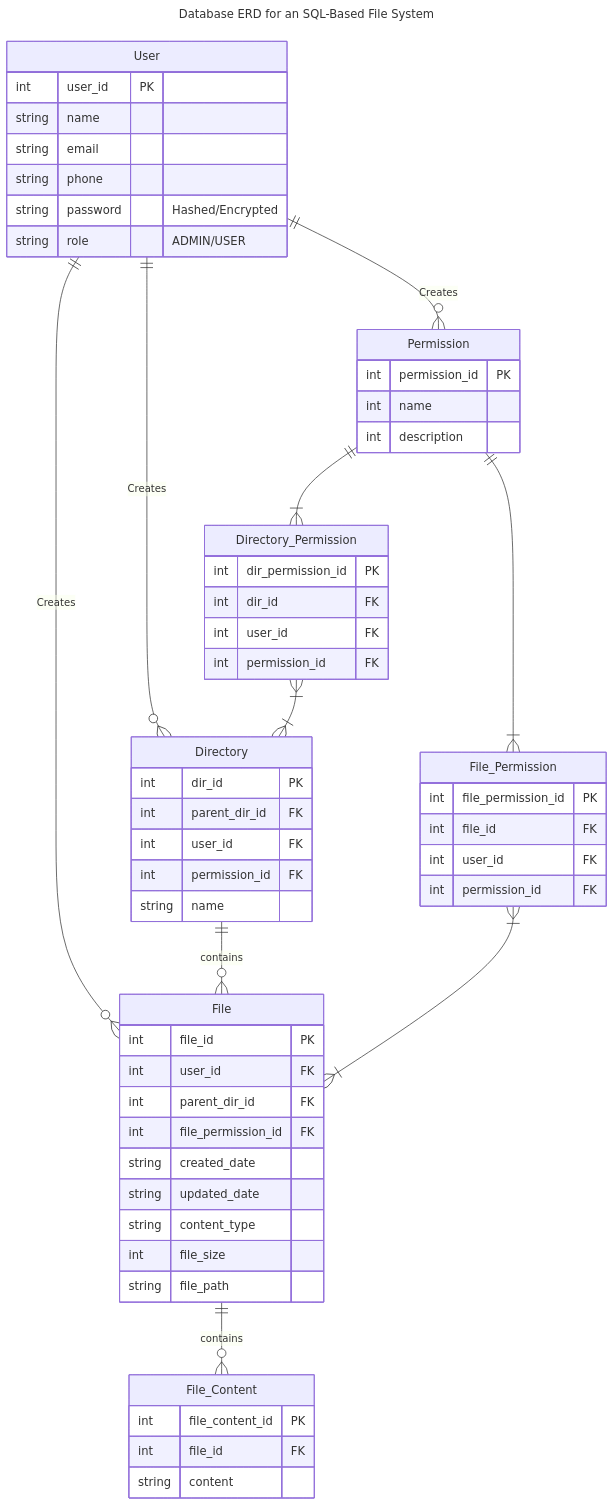
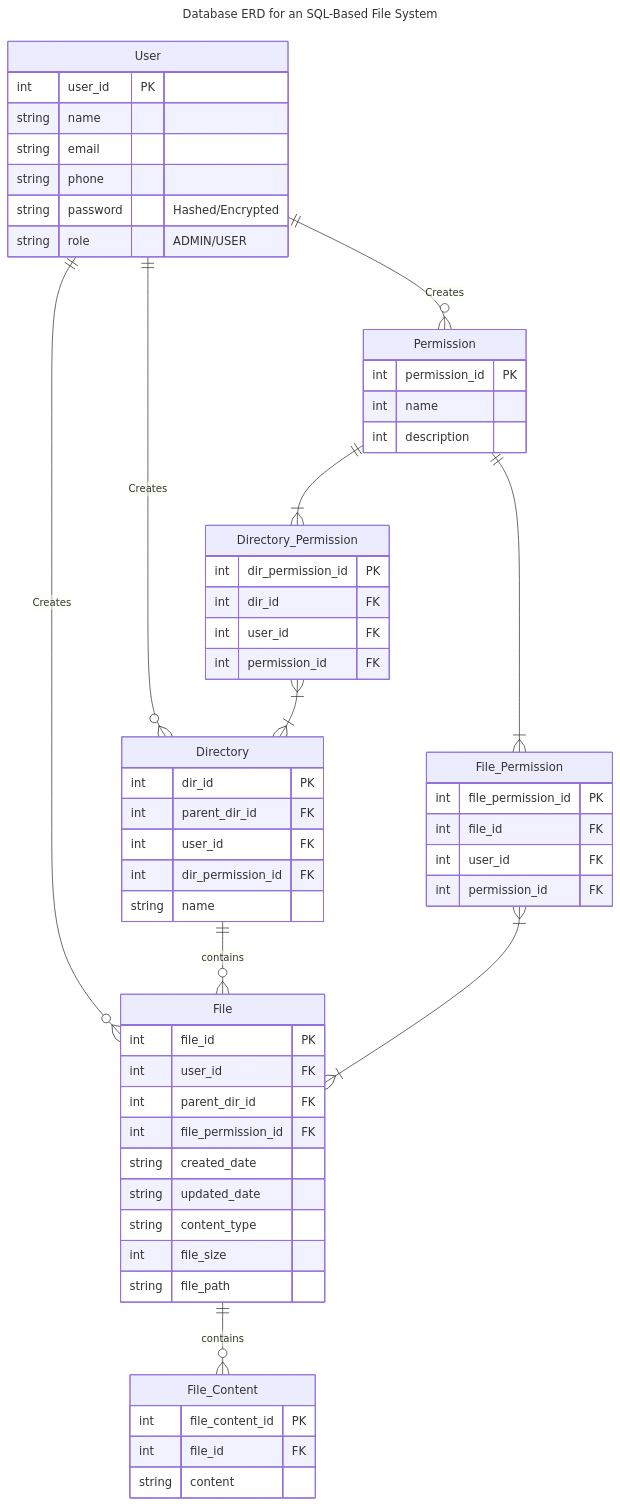
The second of 5 diagrams in README.md (amdy87/MySQL-Filesystem), drawn with Mermaid before and after one commit.

Commit message:
Update file README.md

````diff
--- a/README.md
+++ b/README.md
@@ -229,73 +229,73 @@
 ```mermaid
 ---
 title: Database ERD for an SQL-Based File System
 ---
 
 erDiagram
     User ||--o{ File : "Creates"
     User ||--o{ Directory: "Creates"
     User ||--o{ Permission: "Creates"
     Directory ||--o{ File : "contains"
     File ||--o{ File_Content : "contains"
     Permission ||--|{ File_Permission: ""
     Permission ||--|{ Directory_Permission: ""
     File_Permission }|--|{ File: ""
     Directory_Permission }|--|{ Directory: ""
 
     User {
         int user_id PK
         string name
         string email
         string phone
         string password "Hashed/Encrypted"
         string role "ADMIN/USER"
     }
 
     Permission {
         int permission_id PK
         int name
         int description
     }
 
     File {
         int file_id PK
         int user_id FK
         int parent_dir_id FK
         int file_permission_id FK
         string created_date
         string updated_date
         string content_type
         int file_size
         string file_path
     }
     File_Permission {
         int file_permission_id PK
         int file_id FK
         int user_id FK
         int permission_id FK
     }
     
     Directory_Permission {
         int dir_permission_id PK
         int dir_id FK
         int user_id FK
         int permission_id FK
     }
 
     Directory {
         int dir_id PK
         int parent_dir_id FK
         int user_id FK
-        int permission_id FK
+        int dir_permission_id FK
         string name
     }
 
     File_Content {
         int file_content_id PK
         int file_id FK
         string content
     }
 
 
 
 ```
````
